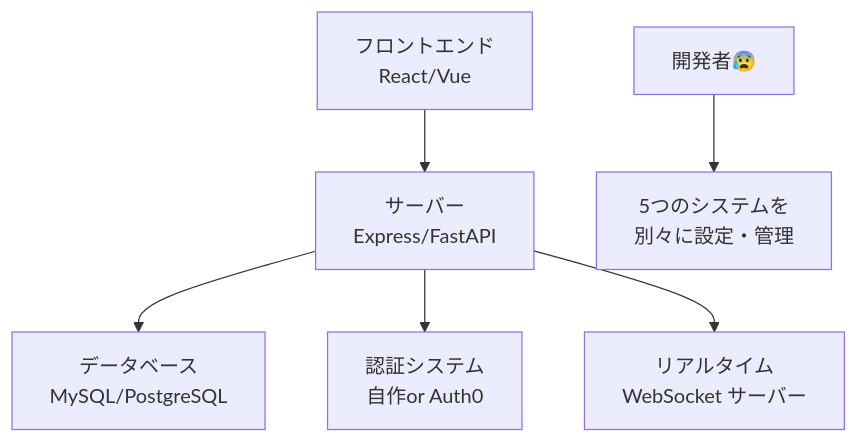
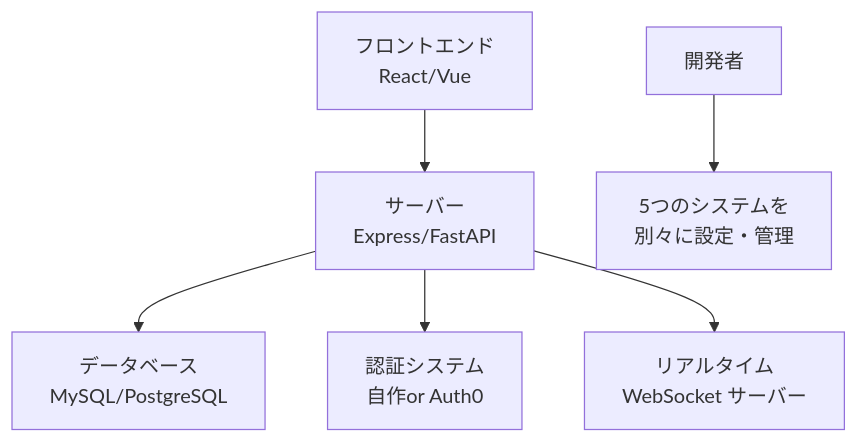
The first of 8 diagrams in src/chapters/chapter01/index.md (itdojp/supabase-architecture-patterns-book), drawn with Mermaid before and after one commit. The commit also changed other lines of this file and 49 other files, not shown here.

````diff
--- a/src/chapters/chapter01/index.md
+++ b/src/chapters/chapter01/index.md
@@ -39,9 +39,9 @@
 ```mermaid
 flowchart TD
     A[フロントエンド<br/>React/Vue] --> B[サーバー<br/>Express/FastAPI]
     B --> C[データベース<br/>MySQL/PostgreSQL]
     B --> D[認証システム<br/>自作or Auth0]
     B --> E[リアルタイム<br/>WebSocket サーバー]
     
-    F[開発者😰] --> G[5つのシステムを<br/>別々に設定・管理]
+    F[開発者] --> G[5つのシステムを<br/>別々に設定・管理]
 ```
````
